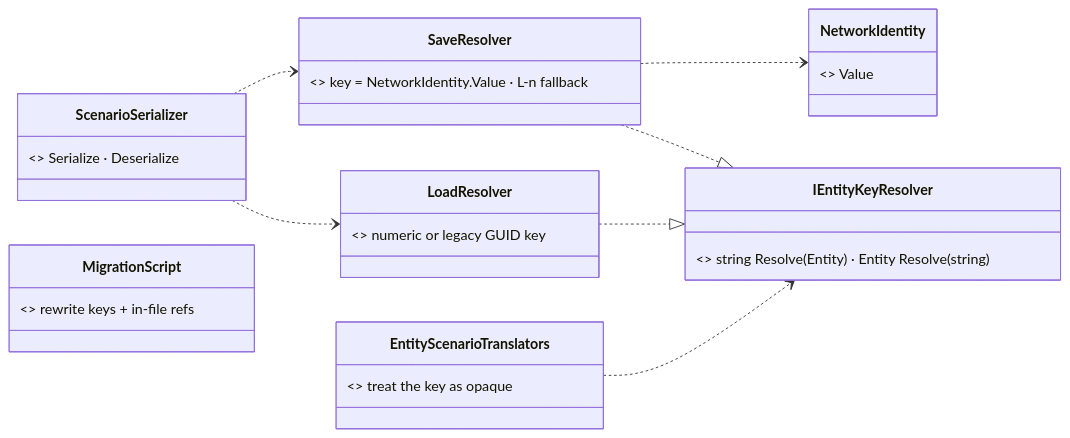
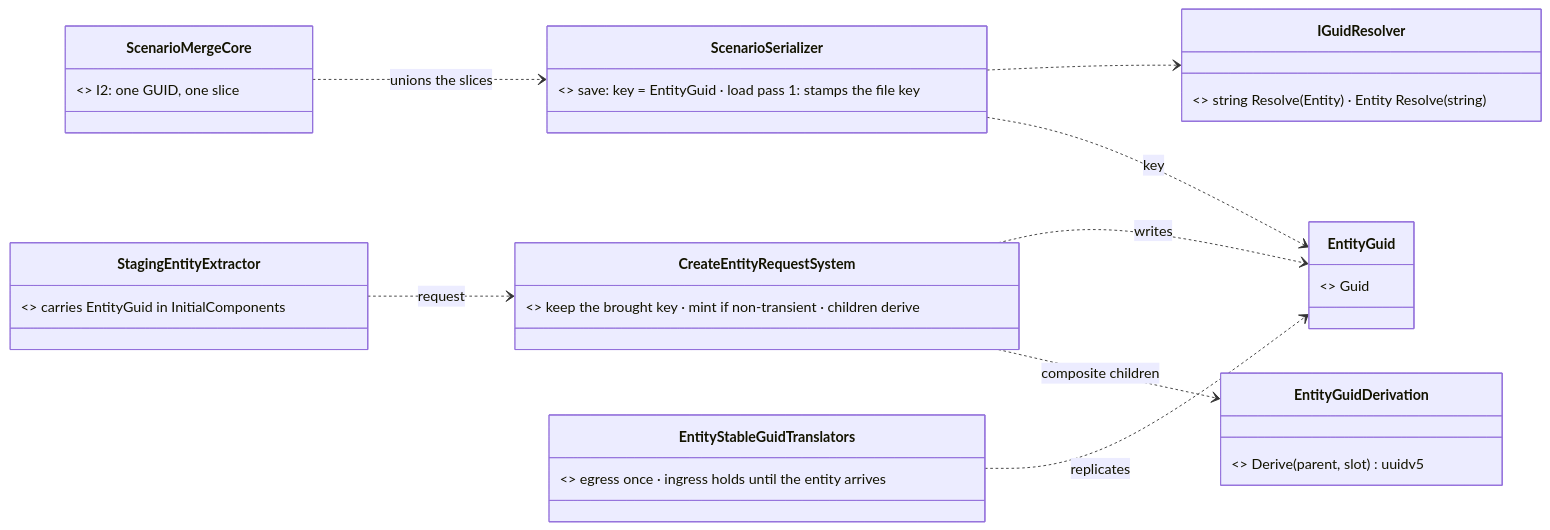
One commit to pjanec/HROT changed the first of 2 diagrams in docs/DESIGN_Scenario_Entity_Keys.md. Above: the diagram before and after it, drawn with Mermaid. The commit also changed other lines of this file and 4 other files, not shown here.

First line of the commit message:
Design docs to FINAL form: Add_Entity_Picker, AQ108, Scenario_Entity_Keys, SHOWCASE, EXPLAINER — superseded revisions removed, every why kept

````diff
--- a/docs/DESIGN_Scenario_Entity_Keys.md
+++ b/docs/DESIGN_Scenario_Entity_Keys.md
@@ -179,17 +177,19 @@
 ```mermaid
 classDiagram
     direction LR
-    class ScenarioSerializer { <<existing>> Serialize · Deserialize }
-    class IEntityKeyResolver { <<existing IGuidResolver, renamed K6>> string Resolve(Entity) · Entity Resolve(string) }
-    class SaveResolver { <<existing, changed>> key = NetworkIdentity.Value · L-n fallback }
-    class LoadResolver { <<existing, changed>> numeric or legacy GUID key }
-    class EntityScenarioTranslators { <<existing, 17 + 4>> treat the key as opaque }
-    class NetworkIdentity { <<existing component>> Value }
-    class MigrationScript { <<new, one-time>> rewrite keys + in-file refs }
-    ScenarioSerializer ..> SaveResolver
-    ScenarioSerializer ..> LoadResolver
-    SaveResolver ..|> IEntityKeyResolver
-    LoadResolver ..|> IEntityKeyResolver
-    EntityScenarioTranslators ..> IEntityKeyResolver
-    SaveResolver ..> NetworkIdentity
+    class ScenarioSerializer { <<existing, changed>> save: key = EntityGuid · load pass 1: stamps the file key }
+    class IGuidResolver { <<existing, unchanged>> string Resolve(Entity) · Entity Resolve(string) }
+    class StagingEntityExtractor { <<existing>> carries EntityGuid in InitialComponents }
+    class CreateEntityRequestSystem { <<existing, changed>> keep the brought key · mint if non-transient · children derive }
+    class EntityGuidDerivation { <<NEW>> Derive(parent, slot) uuidv5 }
+    class EntityGuid { <<NEW component 467, NoScenario>> Guid }
+    class EntityStableGuidTranslators { <<NEW, dtEntityGuid 157>> egress once · ingress holds until the entity arrives }
+    class ScenarioMergeCore { <<existing>> I2: one GUID, one slice }
+    ScenarioSerializer ..> IGuidResolver
+    ScenarioSerializer ..> EntityGuid : key
+    StagingEntityExtractor ..> CreateEntityRequestSystem : request
+    CreateEntityRequestSystem ..> EntityGuid : writes
+    CreateEntityRequestSystem ..> EntityGuidDerivation : composite children
+    EntityStableGuidTranslators ..> EntityGuid : replicates
+    ScenarioMergeCore ..> ScenarioSerializer : unions the slices
 ```
````
